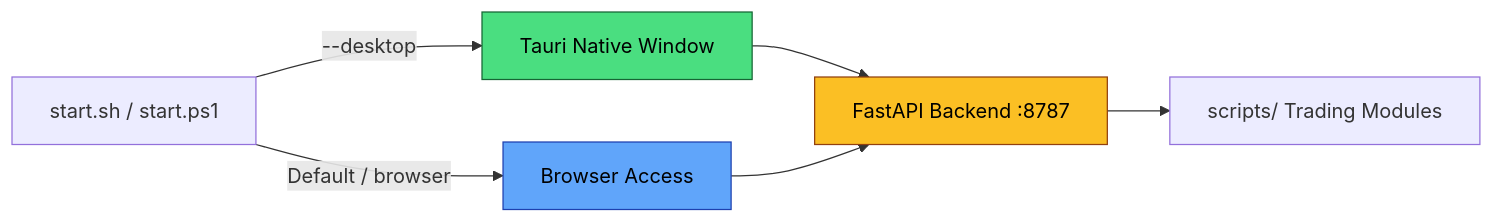
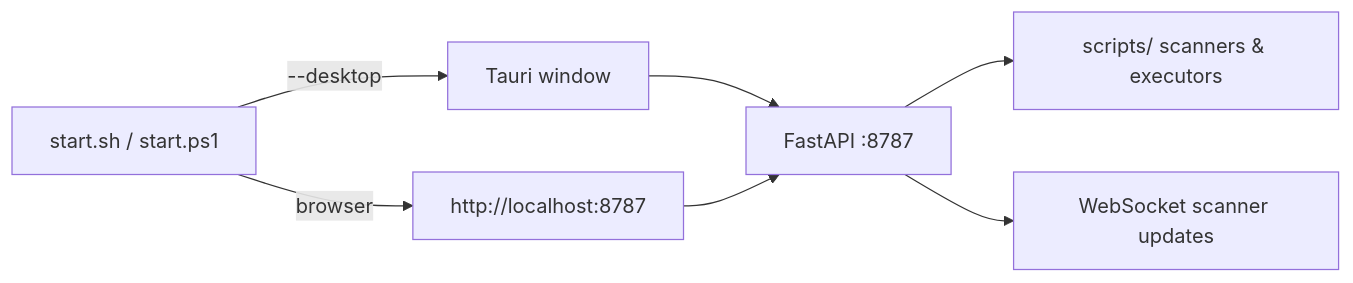
One commit to counterfactual5/funding-arb changed the diagram in README.md. Above: the diagram before and after it, drawn with Mermaid. The commit also changed other lines of this file and 12 other files, not shown here.

````diff
--- a/README.md
+++ b/README.md
@@ -38,13 +56,9 @@
 ```mermaid
 graph LR
-    A[start.sh / start.ps1] -->|--desktop| B[Tauri Native Window]
-    A -->|Default / browser| C[Browser Access]
-
-    B --> D[FastAPI Backend :8787]
+    A[start.sh / start.ps1] -->|--desktop| B[Tauri window]
+    A -->|browser| C[http://localhost:8787]
+    B --> D[FastAPI :8787]
     C --> D
-    D --> E[scripts/ Trading Modules]
-
-    style B fill:#4ade80,stroke:#166534,color:#000
-    style C fill:#60a5fa,stroke:#1e40af,color:#000
-    style D fill:#fbbf24,stroke:#92400e,color:#000
+    D --> E[scripts/ scanners & executors]
+    D --> F[WebSocket scanner updates]
 ```
````
